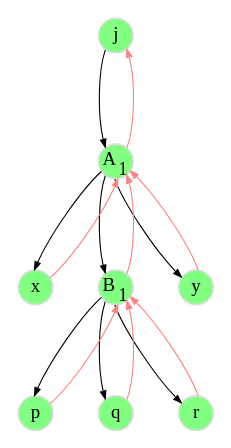
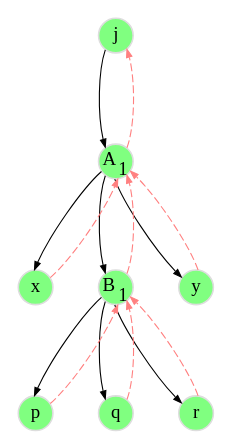
Before and after one commit to flatcap/dparted: the diagram in d0.gv, drawn with Graphviz. The commit also changed 4 other files, not shown here.

```diff
--- a/d0.gv
+++ b/d0.gv
@@ -1,50 +1,49 @@
 digraph d {
 	graph [
 		rankdir="TB"
 		bgcolor="white"
 		color="white"
 		nodesep="0.4"
 		ranksep="0.8"
 	];
 
 	node [
 		fontsize="12"
 		style="solid"
 		width="0.3"
 		height="0.3"
 		fixedsize="true"
 		penwidth="1.0"
 		color="#DDDDDD"
 	];
 
 	edge [
 		penwidth="0.7"
 		color="#000000"
 		arrowsize="0.5"
 	];
 
-
 	j  [ label=<j>             style="filled" fillcolor="#80ff80" ];
 	a1 [ label=<A<SUB>1</SUB>> style="filled" fillcolor="#80ff80" ];
 	x  [ label=<x>             style="filled" fillcolor="#80ff80" ];
 	b1 [ label=<B<SUB>1</SUB>> style="filled" fillcolor="#80ff80" ];
 	y  [ label=<y>             style="filled" fillcolor="#80ff80" ];
 	p  [ label=<p>             style="filled" fillcolor="#80ff80" ];
 	q  [ label=<q>             style="filled" fillcolor="#80ff80" ];
 	r  [ label=<r>             style="filled" fillcolor="#80ff80" ];
 
 	j  -> a1;
-	a1 -> j   [ color="#ff8080" ];
+	a1 -> j   [ color="#ff8080" style=dashed ];
 	a1 -> x;
-	x  -> a1  [ color="#ff8080" ];
+	x  -> a1  [ color="#ff8080" style=dashed ];
 	a1 -> b1;
-	b1 -> a1  [ color="#ff8080" ];
+	b1 -> a1  [ color="#ff8080" style=dashed ];
 	a1 -> y;
-	y  -> a1  [ color="#ff8080" ];
+	y  -> a1  [ color="#ff8080" style=dashed ];
 	b1 -> p;
-	p  -> b1  [ color="#ff8080" ];
+	p  -> b1  [ color="#ff8080" style=dashed ];
 	b1 -> q;
-	q  -> b1  [ color="#ff8080" ];
+	q  -> b1  [ color="#ff8080" style=dashed ];
 	b1 -> r;
-	r  -> b1  [ color="#ff8080" ];
+	r  -> b1  [ color="#ff8080" style=dashed ];
 }
```
